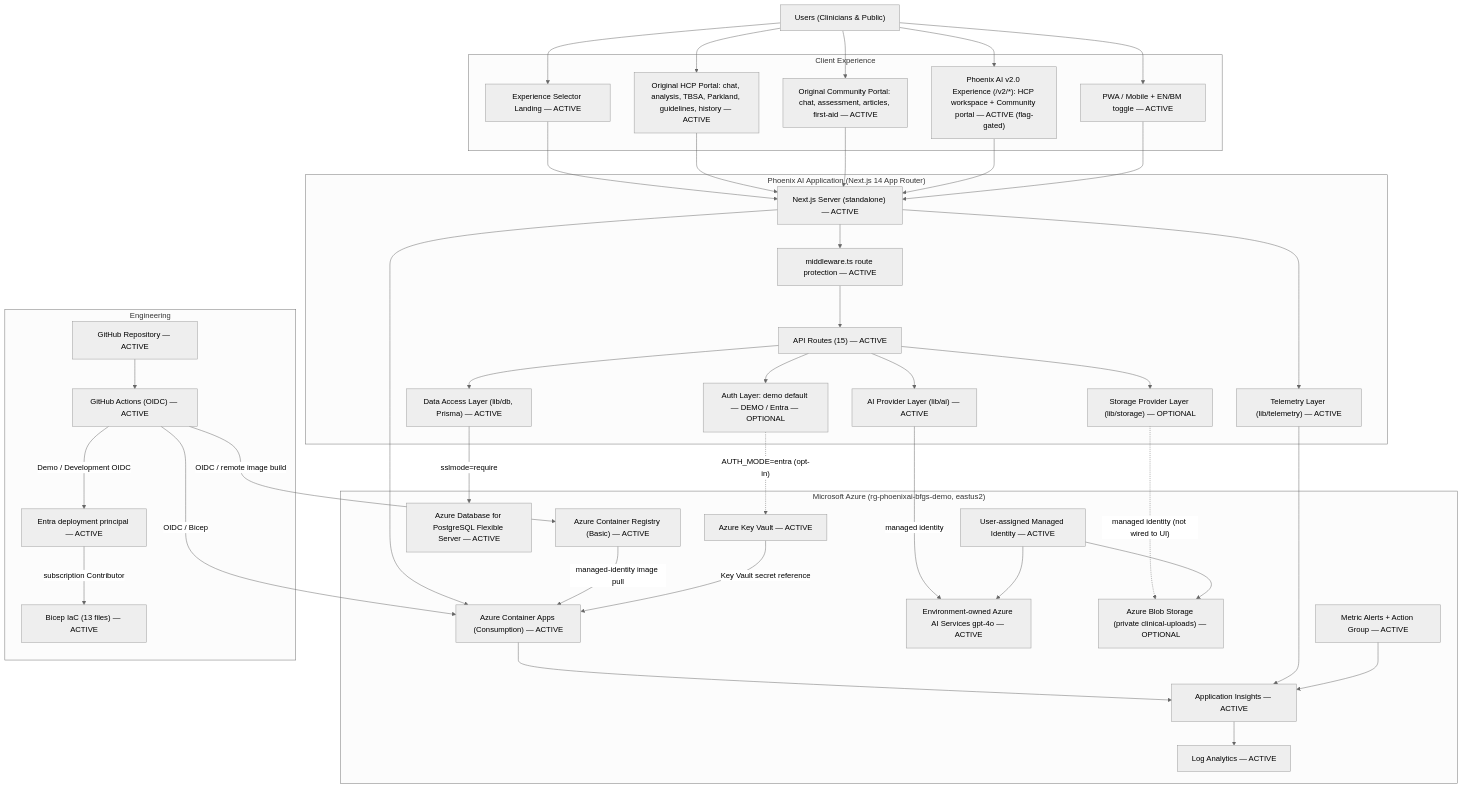
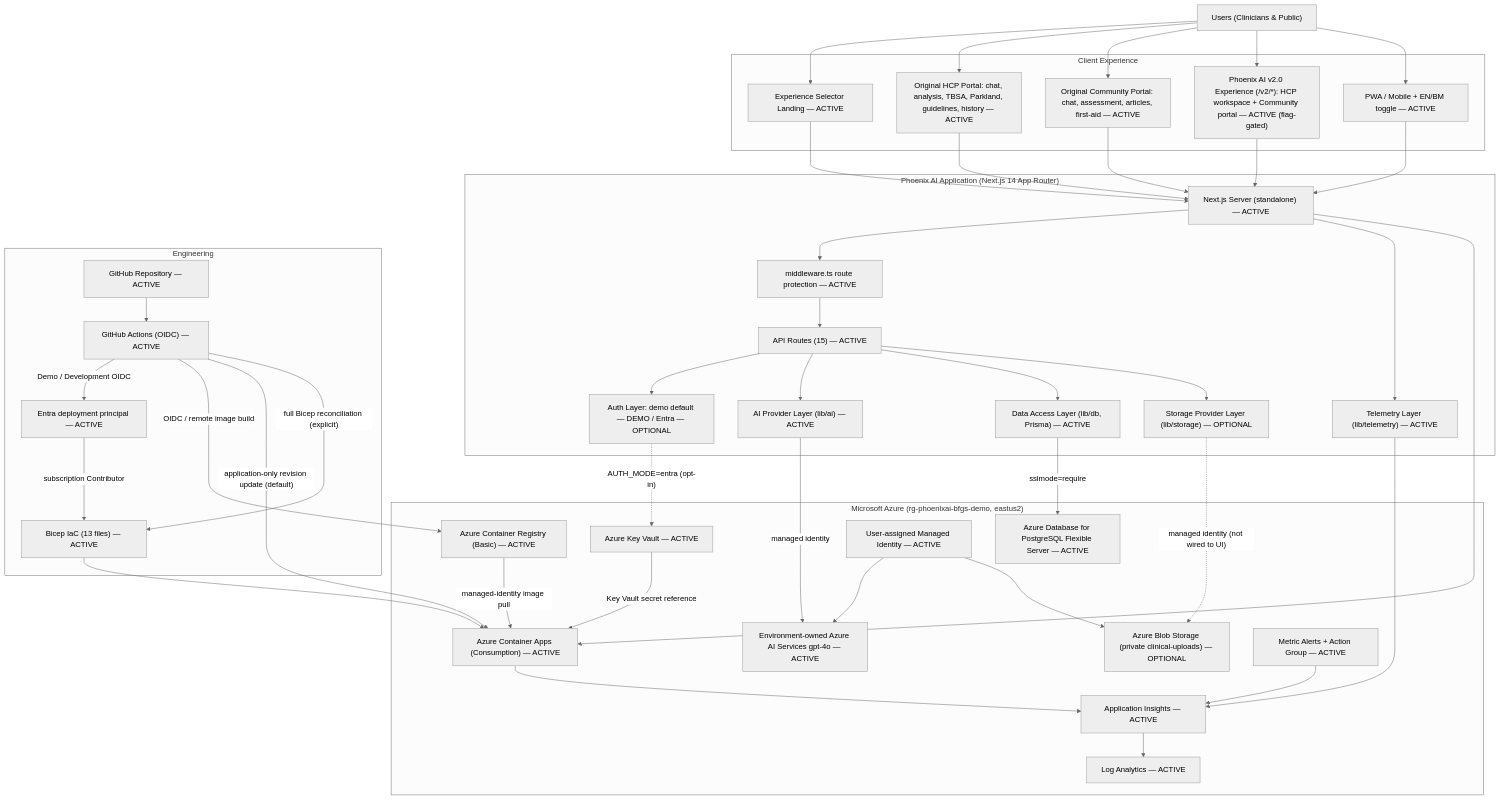
Before and after one commit to polyfuze4336-bot/phoenix-ai-azure: the diagram in docs/architecture/current-architecture.md, drawn with Mermaid (neutral theme). The commit also changed other lines of this file and 11 other files, not shown here.

Commit message:
fix(deploy): add application-only container rollout

````diff
--- a/docs/architecture/current-architecture.md
+++ b/docs/architecture/current-architecture.md
@@ -134,5 +134,7 @@
     Actions -->|"Demo / Development OIDC"| DeployIdentity
     DeployIdentity -->|"subscription Contributor"| Bicep
     Actions -->|"OIDC / remote image build"| ACR
-    Actions -->|"OIDC / Bicep"| ContainerApp
+    Actions -->|"application-only revision update (default)"| ContainerApp
+    Actions -->|"full Bicep reconciliation (explicit)"| Bicep
+    Bicep --> ContainerApp
 ```
````
